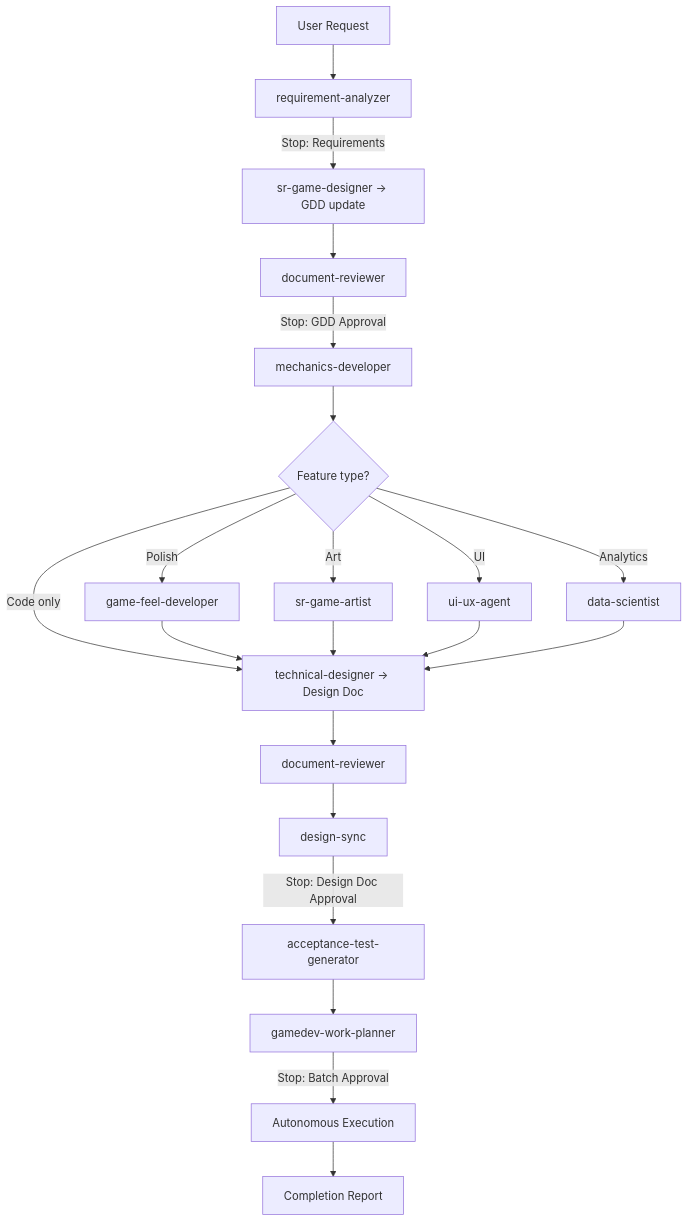
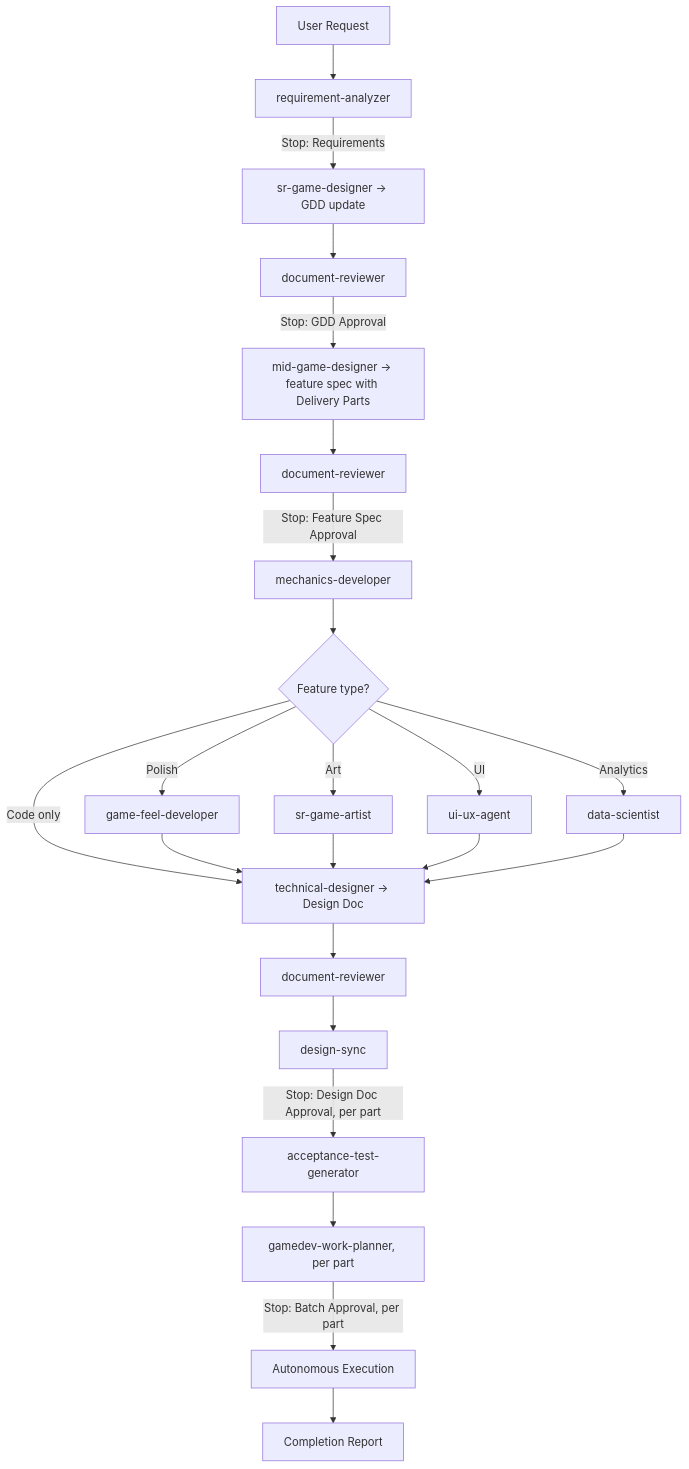
The fourth of 10 diagrams in docs/overture/gamedev-workflows.md (tundraray/overture), drawn with Mermaid before and after one commit. The commit also changed other lines of this file and 33 other files, not shown here.

````diff
--- a/docs/overture/gamedev-workflows.md
+++ b/docs/overture/gamedev-workflows.md
@@ -133,23 +137,25 @@
 ```mermaid
 graph TB
     A[User Request] --> B[requirement-analyzer]
     B --> |"Stop: Requirements"| SGD[sr-game-designer → GDD update]
     SGD --> DR1[document-reviewer]
-    DR1 --> |"Stop: GDD Approval"| MD[mechanics-developer]
+    DR1 --> |"Stop: GDD Approval"| MGD[mid-game-designer → feature spec with Delivery Parts]
+    MGD --> DRF[document-reviewer]
+    DRF --> |"Stop: Feature Spec Approval"| MD[mechanics-developer]
     MD --> COND{Feature type?}
     COND --> |Polish| GFD[game-feel-developer]
     COND --> |Art| ART[sr-game-artist]
     COND --> |UI| UI[ui-ux-agent]
     COND --> |Analytics| DS[data-scientist]
     COND --> |Code only| TD
     GFD --> TD[technical-designer → Design Doc]
     ART --> TD
     UI --> TD
     DS --> TD
     TD --> DR2[document-reviewer]
     DR2 --> SYNC[design-sync]
-    SYNC --> |"Stop: Design Doc Approval"| ATG[acceptance-test-generator]
-    ATG --> WP[gamedev-work-planner]
-    WP --> |"Stop: Batch Approval"| AUTO[Autonomous Execution]
+    SYNC --> |"Stop: Design Doc Approval, per part"| ATG[acceptance-test-generator]
+    ATG --> WP[gamedev-work-planner, per part]
+    WP --> |"Stop: Batch Approval, per part"| AUTO[Autonomous Execution]
     AUTO --> DONE[Completion Report]
 ```
````
